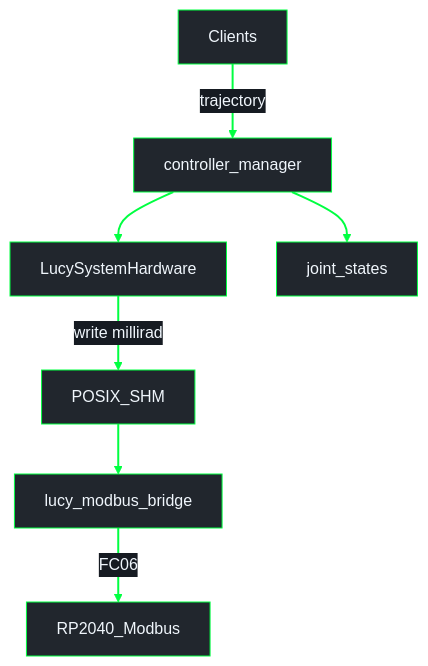
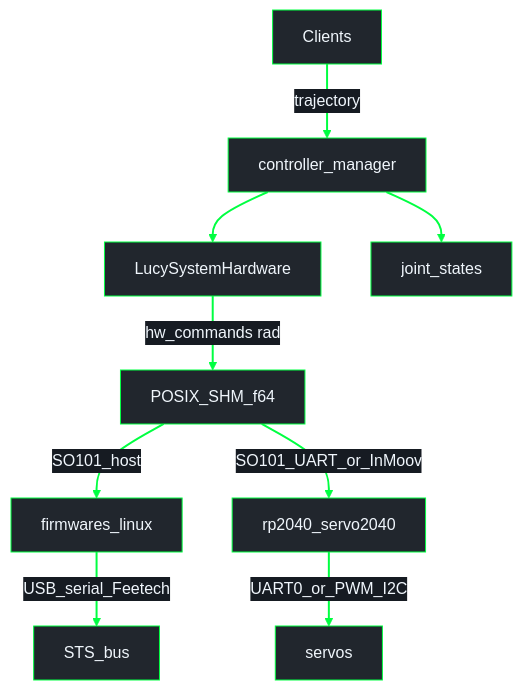
One commit to Lucy-Robotics/lucy_ros_packages changed the third of 3 diagrams in docs/architecture/pipeline_shm.md. Above: the diagram before and after it, drawn with Mermaid. The commit also changed other lines of this file and 2 other files, not shown here.

Commit message:
evol(architecture): HI f64 JointTable contract and dual control paths

````diff
--- a/docs/architecture/pipeline_shm.md
+++ b/docs/architecture/pipeline_shm.md
@@ -82,19 +88,21 @@
 ```mermaid
 %%{init: {"theme": "base", "themeVariables": {"darkMode": true, "background": "#0d1117", "mainBkg": "#21262d", "primaryColor": "#21262d", "primaryTextColor": "#f0f6fc", "primaryBorderColor": "#00FF41", "secondaryColor": "#161b22", "secondaryTextColor": "#f0f6fc", "secondaryBorderColor": "#00FF41", "tertiaryColor": "#161b22", "tertiaryTextColor": "#f0f6fc", "tertiaryBorderColor": "#00FF41", "lineColor": "#00FF41", "textColor": "#f0f6fc", "nodeTextColor": "#f0f6fc", "edgeLabelBackground": "#161b22", "clusterBkg": "#0d1117", "clusterBorder": "#00FF41", "titleColor": "#f0f6fc"}}}%%
 flowchart TB
   Clients["Clients"]
   CM["controller_manager"]
   HI["LucySystemHardware"]
-  SHM["POSIX_SHM"]
-  Bridge["lucy_modbus_bridge"]
-  FW["RP2040_Modbus"]
+  SHM["POSIX_SHM_f64"]
+  LinuxFW["firmwares_linux"]
+  S2040["rp2040_servo2040"]
   JS["joint_states"]
 
   Clients -->|"trajectory"| CM
   CM --> HI
   CM --> JS
-  HI -->|"write millirad"| SHM
-  SHM --> Bridge
-  Bridge -->|"FC06"| FW
+  HI -->|"hw_commands rad"| SHM
+  SHM -->|"SO101_host"| LinuxFW
+  SHM -->|"SO101_UART_or_InMoov"| S2040
+  LinuxFW -->|"USB_serial_Feetech"| STS["STS_bus"]
+  S2040 -->|"UART0_or_PWM_I2C"| Out["servos"]
   linkStyle default stroke:#00FF41,stroke-width:2px
 ```
````
